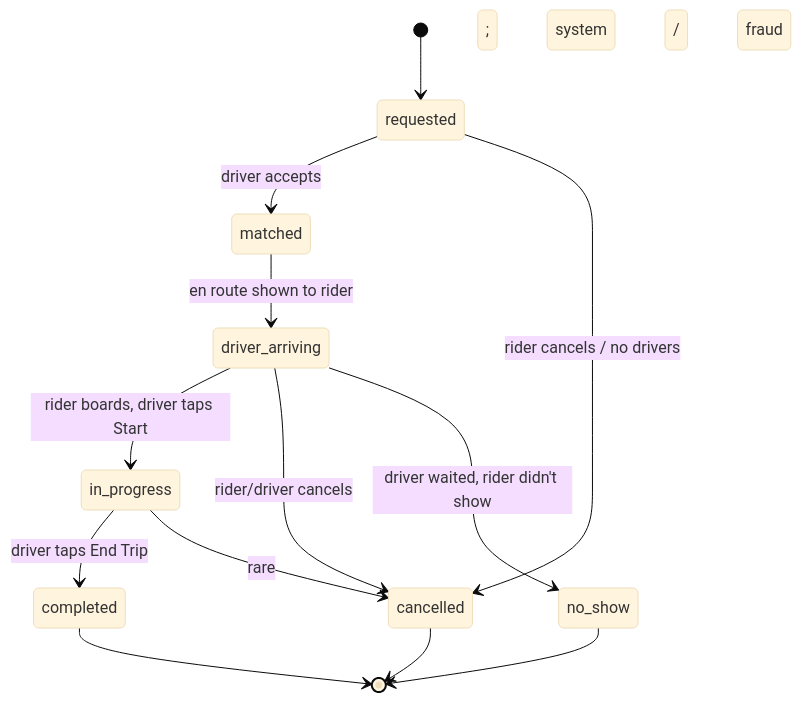
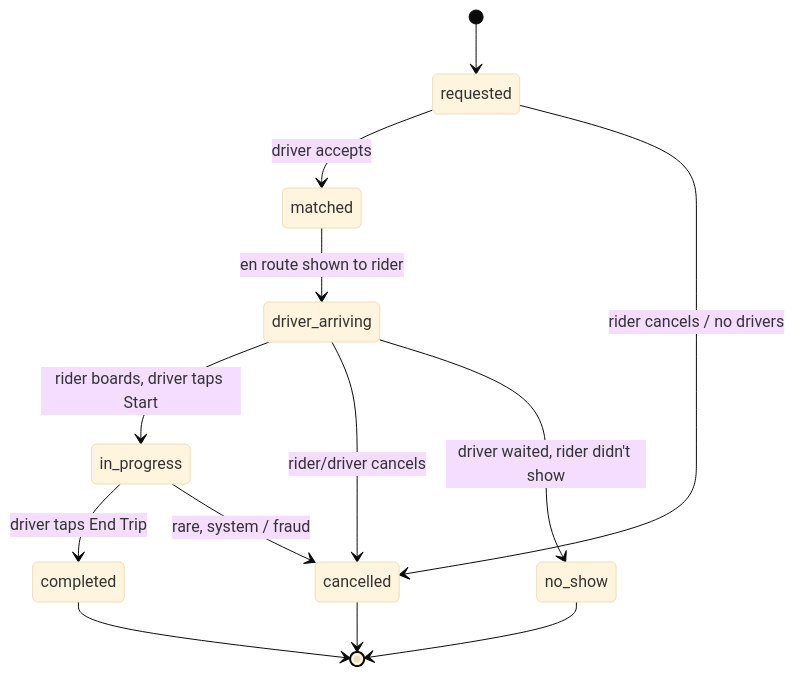
The fifth of 5 diagrams in _practice/system-design/007-ride-sharing.md (shiningflash/shiningflash.github.io), drawn with Mermaid (base theme) before and after one commit. The commit also changed other lines of this file and 6 other files, not shown here.

````diff
--- a/_practice/system-design/007-ride-sharing.md
+++ b/_practice/system-design/007-ride-sharing.md
@@ -921,15 +921,15 @@
 ```mermaid
 stateDiagram-v2
     [*] --> requested
     requested --> matched: driver accepts
     requested --> cancelled: rider cancels / no drivers
     matched --> driver_arriving: en route shown to rider
     driver_arriving --> in_progress: rider boards, driver taps Start
     driver_arriving --> cancelled: rider/driver cancels
     driver_arriving --> no_show: driver waited, rider didn't show
     in_progress --> completed: driver taps End Trip
-    in_progress --> cancelled: rare; system / fraud
+    in_progress --> cancelled: rare, system / fraud
     completed --> [*]
     cancelled --> [*]
     no_show --> [*]
 ```
````
